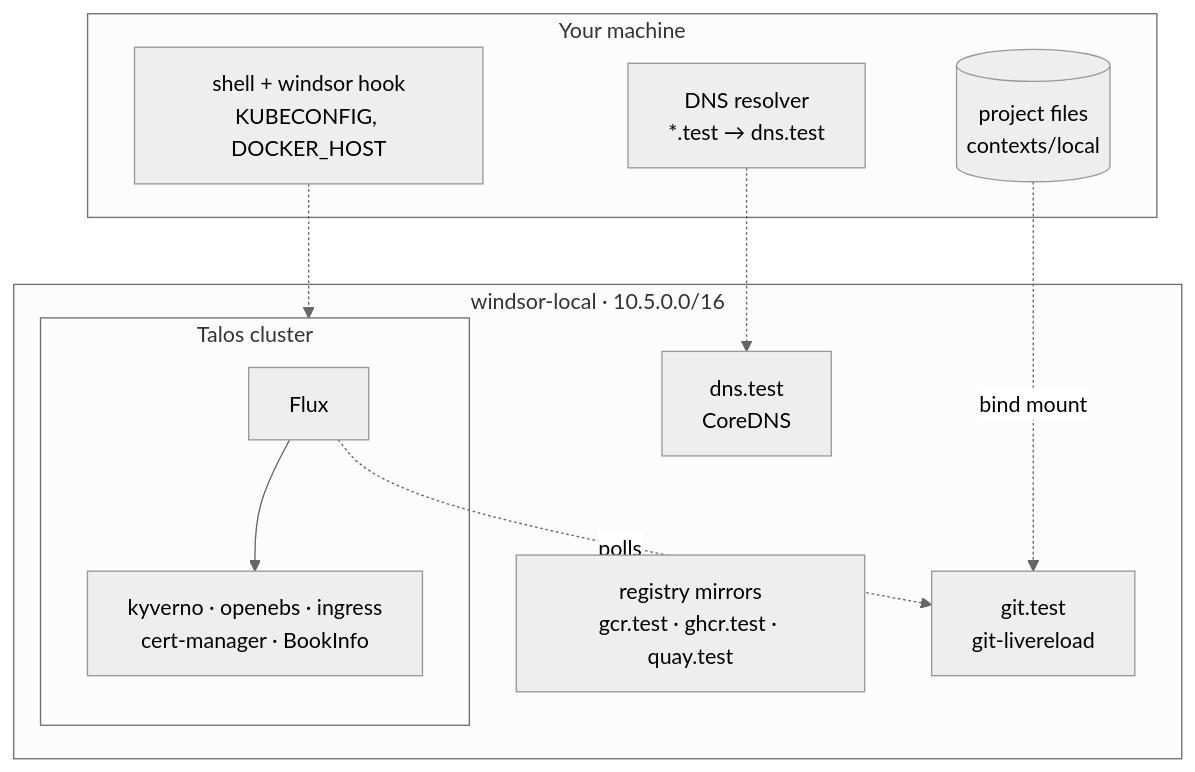
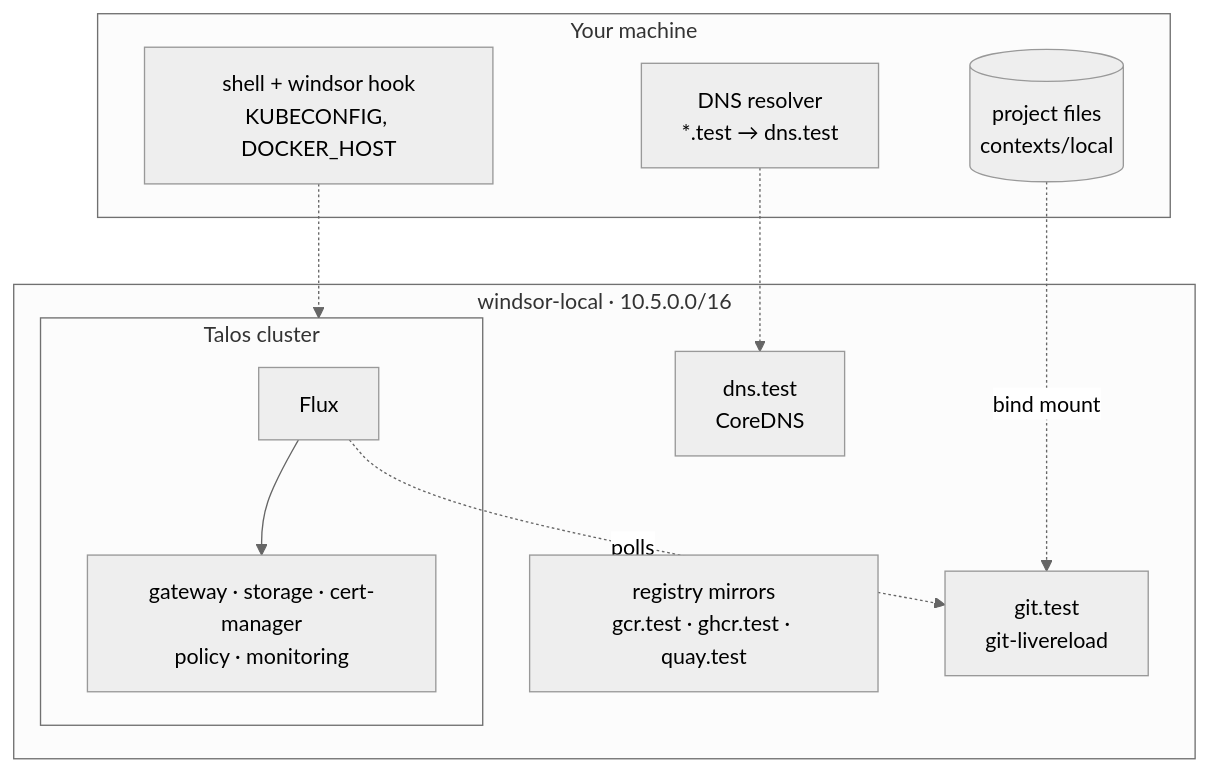
Before and after one commit to windsorcli/docs: the diagram in content/workstation/overview.md, drawn with Mermaid (neutral theme). The commit also changed other lines of this file and 4 other files, not shown here.

````diff
--- a/content/workstation/overview.md
+++ b/content/workstation/overview.md
@@ -30,20 +31,20 @@
 ```mermaid
 flowchart TB
   subgraph Host["Your machine"]
     Shell["shell + windsor hook<br/>KUBECONFIG, DOCKER_HOST"]
     Resolver["DNS resolver<br/>*.test → dns.test"]
     Files[("project files<br/>contexts/local")]
   end
   subgraph Net["windsor-local · 10.5.0.0/16"]
     DNS["dns.test<br/>CoreDNS"]
     Reg["registry mirrors<br/>gcr.test · ghcr.test · quay.test"]
     Git["git.test<br/>git-livereload"]
     subgraph Cluster["Talos cluster"]
-      Flux["Flux"] --> Apps["kyverno · openebs · ingress<br/>cert-manager · BookInfo"]
+      Flux["Flux"] --> Apps["gateway · storage · cert-manager<br/>policy · monitoring"]
     end
   end
   Shell -.-> Cluster
   Resolver -.-> DNS
   Files -.->|bind mount| Git
   Flux -.->|polls| Git
 ```
````
